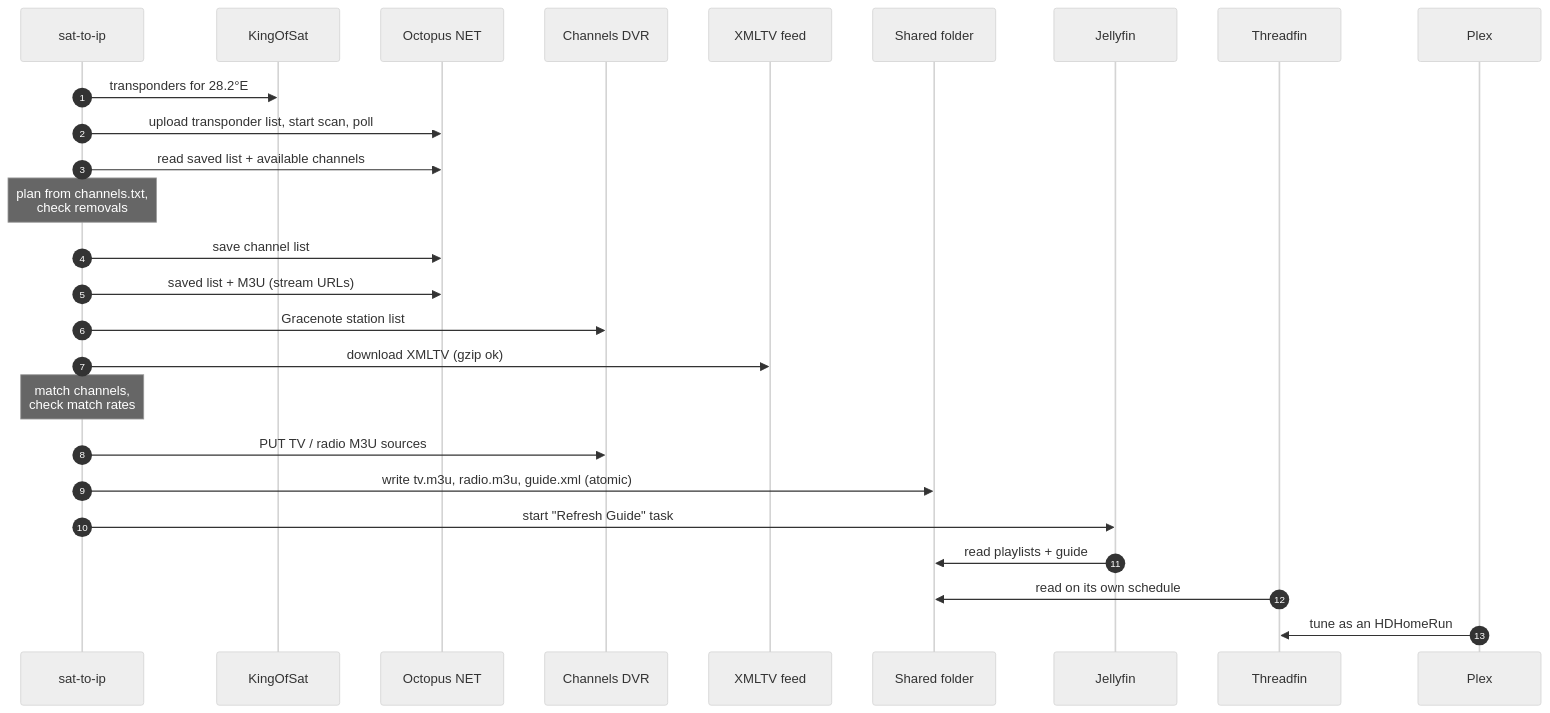
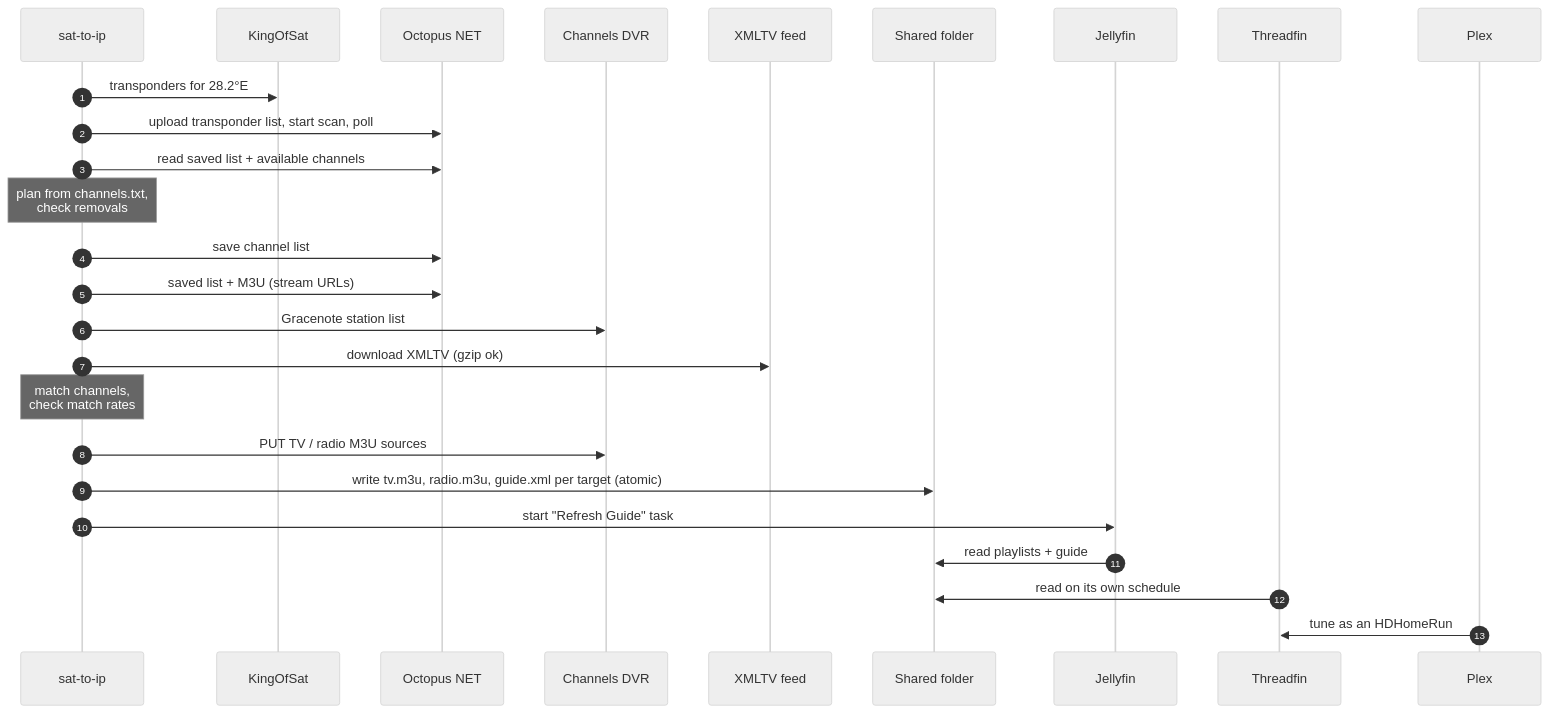
One commit to Matt-Hadley/sat_to_ip_helpers changed the third of 5 diagrams in README.md. Above: the diagram before and after it, drawn with Mermaid (neutral theme). The commit also changed other lines of this file and 12 other files, not shown here.

````diff
--- a/README.md
+++ b/README.md
@@ -90,29 +95,29 @@
 ```mermaid
 sequenceDiagram
     autonumber
     participant CLI as sat-to-ip
     participant KOS as KingOfSat
     participant OCT as Octopus NET
     participant CDVR as Channels DVR
     participant FEED as XMLTV feed
     participant FS as Shared folder
     participant JF as Jellyfin
     participant TF as Threadfin
     participant PLEX as Plex
 
     CLI->>KOS: transponders for 28.2°E
     CLI->>OCT: upload transponder list, start scan, poll
     CLI->>OCT: read saved list + available channels
     Note over CLI: plan from channels.txt,<br/>check removals
     CLI->>OCT: save channel list
     CLI->>OCT: saved list + M3U (stream URLs)
     CLI->>CDVR: Gracenote station list
     CLI->>FEED: download XMLTV (gzip ok)
     Note over CLI: match channels,<br/>check match rates
     CLI->>CDVR: PUT TV / radio M3U sources
-    CLI->>FS: write tv.m3u, radio.m3u, guide.xml (atomic)
+    CLI->>FS: write tv.m3u, radio.m3u, guide.xml per target (atomic)
     CLI->>JF: start "Refresh Guide" task
     JF->>FS: read playlists + guide
     TF->>FS: read on its own schedule
     PLEX->>TF: tune as an HDHomeRun
 ```
````
